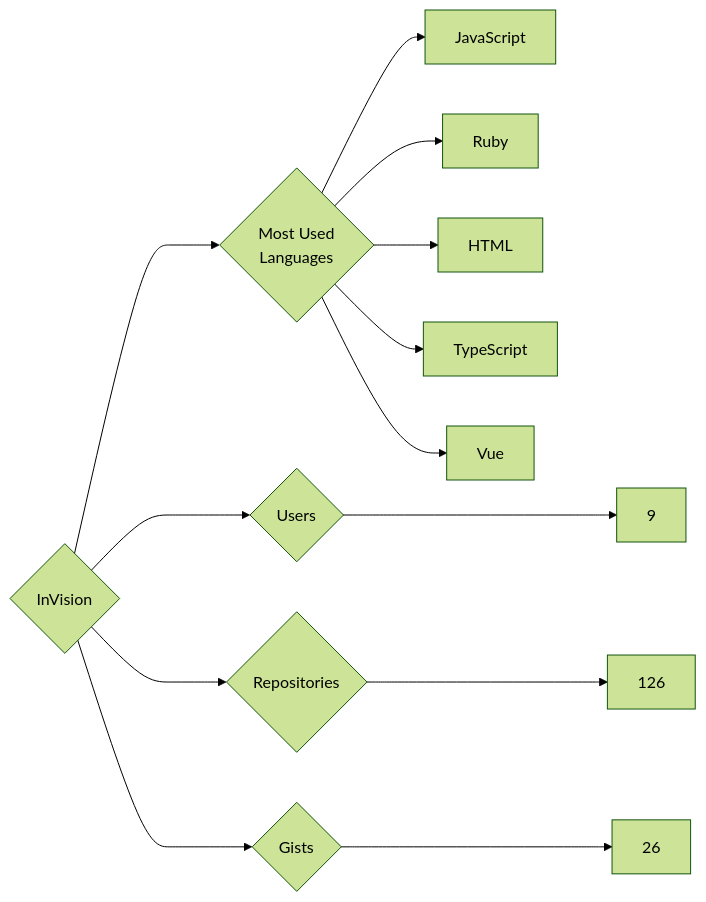
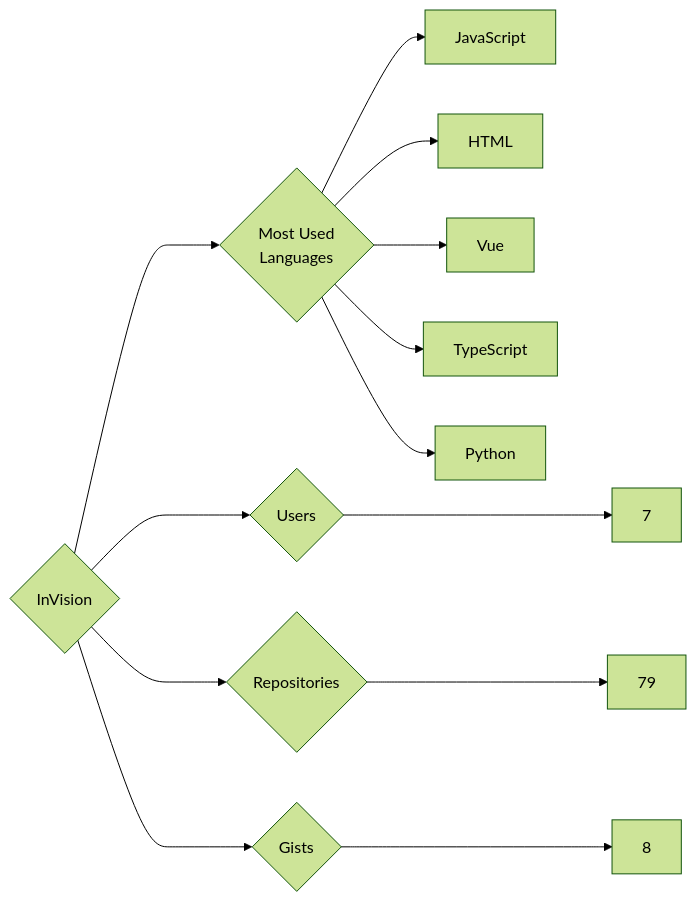
Before and after one commit to trickest/insiders: the diagram in targets/InVision/README.md, drawn with Mermaid (forest theme). The commit also changed 927 other files, not shown here.

````diff
--- a/targets/InVision/README.md
+++ b/targets/InVision/README.md
@@ -3,13 +3,13 @@
 ```mermaid
 graph LR
 COMPANY_NAME{InVision}
-COMPANY_NAME ---> U{Users} ---> UN[9]
-COMPANY_NAME ---> R{Repositories} ---> RN[126]
-COMPANY_NAME ---> G{Gists} ---> GN[26]
+COMPANY_NAME ---> U{Users} ---> UN[7]
+COMPANY_NAME ---> R{Repositories} ---> RN[79]
+COMPANY_NAME ---> G{Gists} ---> GN[8]
 COMPANY_NAME ---> ML{Most Used<br>Languages}
 ML --> JavaScript[JavaScript]
-ML --> Ruby[Ruby]
 ML --> HTML[HTML]
+ML --> Vue[Vue]
 ML --> TypeScript[TypeScript]
-ML --> Vue[Vue]
+ML --> Python[Python]
 ```
````
